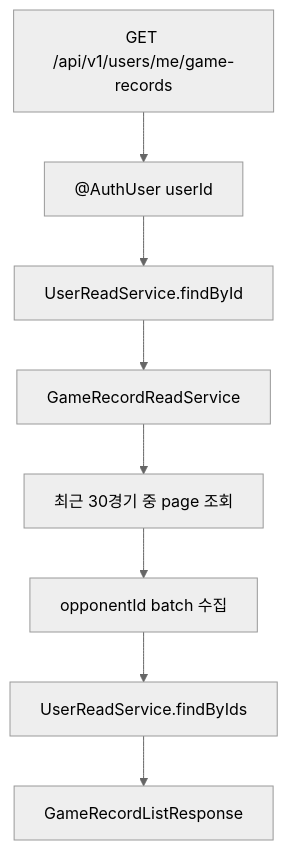
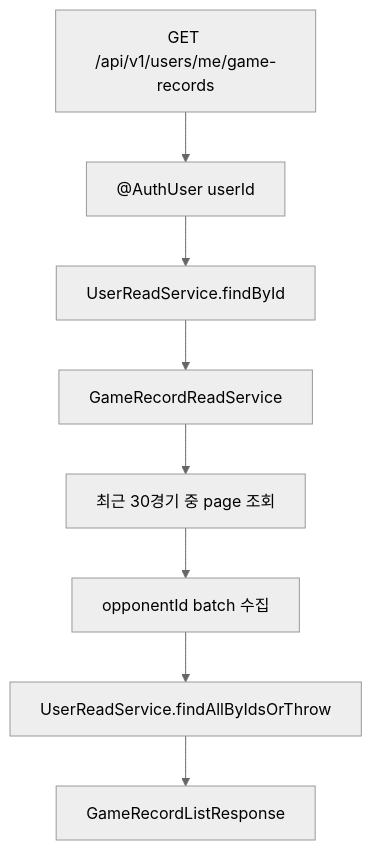
One commit to moonwhistle/League-of-Star changed the second of 2 diagrams in docs/antigravity/backend/issue-114-my-game-records-api.md. Above: the diagram before and after it, drawn with Mermaid (neutral theme). The commit also changed other lines of this file and 15 other files, not shown here.

````diff
--- a/docs/antigravity/backend/issue-114-my-game-records-api.md
+++ b/docs/antigravity/backend/issue-114-my-game-records-api.md
@@ -296,10 +298,10 @@
 ```mermaid
 flowchart TD
     A["GET /api/v1/users/me/game-records"] --> B["@AuthUser userId"]
     B --> C["UserReadService.findById"]
     C --> D["GameRecordReadService"]
     D --> E["최근 30경기 중 page 조회"]
     E --> F["opponentId batch 수집"]
-    F --> G["UserReadService.findByIds"]
+    F --> G["UserReadService.findAllByIdsOrThrow"]
     G --> H["GameRecordListResponse"]
 ```
````
